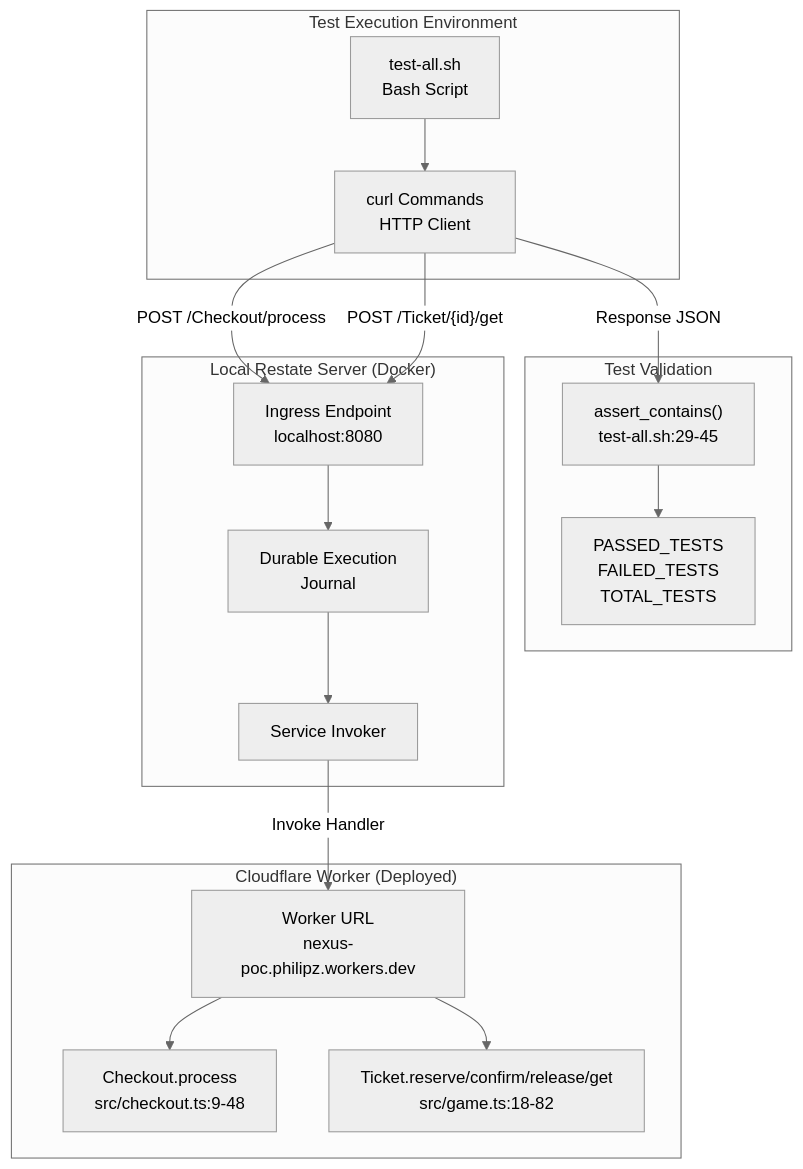
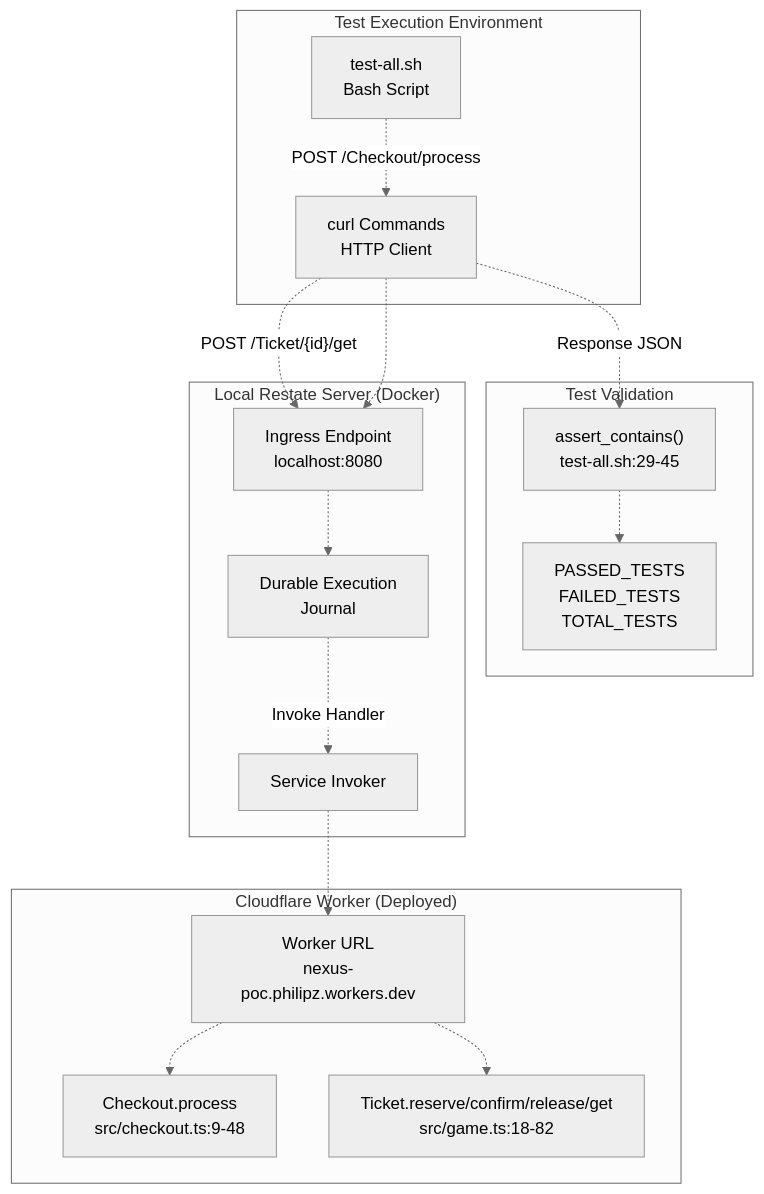
Before and after one commit to philipz/restate-cloudflare-workers-poc: the first of 5 diagrams in docs/deepwiki/Local-Testing.md, drawn with Mermaid (neutral theme). The commit also changed other lines of this file and 27 other files, not shown here.

````diff
--- a/docs/deepwiki/Local-Testing.md
+++ b/docs/deepwiki/Local-Testing.md
@@ -58,47 +58,47 @@
 ```mermaid
 flowchart TD
 
 TestScript["test-all.sh<br>Bash Script"]
 CurlClient["curl Commands<br>HTTP Client"]
 RestateIngress["Ingress Endpoint<br>localhost:8080"]
 RestateJournal["Durable Execution<br>Journal"]
 RestateInvoker["Service Invoker"]
 WorkerEndpoint["Worker URL<br>nexus-poc.philipz.workers.dev"]
 CheckoutHandler["Checkout.process<br>src/checkout.ts:9-48"]
 TicketHandler["Ticket.reserve/confirm/release/get<br>src/game.ts:18-82"]
 AssertContains["assert_contains()<br>test-all.sh:29-45"]
 TestCounters["PASSED_TESTS<br>FAILED_TESTS<br>TOTAL_TESTS"]
 
-CurlClient -->|"POST /Checkout/process"| RestateIngress
-CurlClient -->|"POST /Ticket/{id}/get"| RestateIngress
-RestateInvoker -->|"Invoke Handler"| WorkerEndpoint
-CurlClient -->|"Response JSON"| AssertContains
+CurlClient -.->|"POST /Ticket/{id}/get"| RestateIngress
+CurlClient -.-> RestateIngress
+RestateInvoker -.-> WorkerEndpoint
+CurlClient -.->|"Response JSON"| AssertContains
 
 subgraph subGraph3 ["Test Validation"]
     AssertContains
     TestCounters
-    AssertContains --> TestCounters
+    AssertContains -.-> TestCounters
 end
 
 subgraph subGraph2 ["Cloudflare Worker (Deployed)"]
     WorkerEndpoint
     CheckoutHandler
     TicketHandler
-    WorkerEndpoint --> CheckoutHandler
-    WorkerEndpoint --> TicketHandler
+    WorkerEndpoint -.-> CheckoutHandler
+    WorkerEndpoint -.-> TicketHandler
 end
 
 subgraph subGraph1 ["Local Restate Server (Docker)"]
     RestateIngress
     RestateJournal
     RestateInvoker
-    RestateIngress --> RestateJournal
-    RestateJournal --> RestateInvoker
+    RestateIngress -.-> RestateJournal
+    RestateJournal -.->|"Invoke Handler"| RestateInvoker
 end
 
 subgraph subGraph0 ["Test Execution Environment"]
     TestScript
     CurlClient
-    TestScript --> CurlClient
+    TestScript -.->|"POST /Checkout/process"| CurlClient
 end
 ```
````
